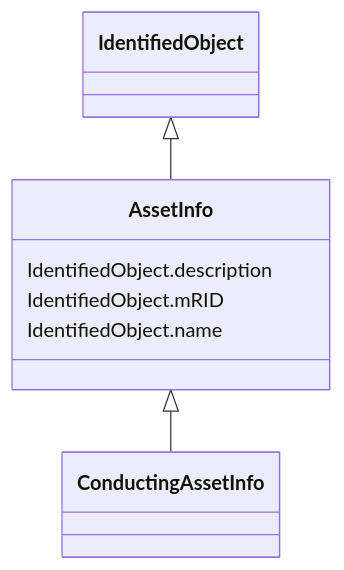
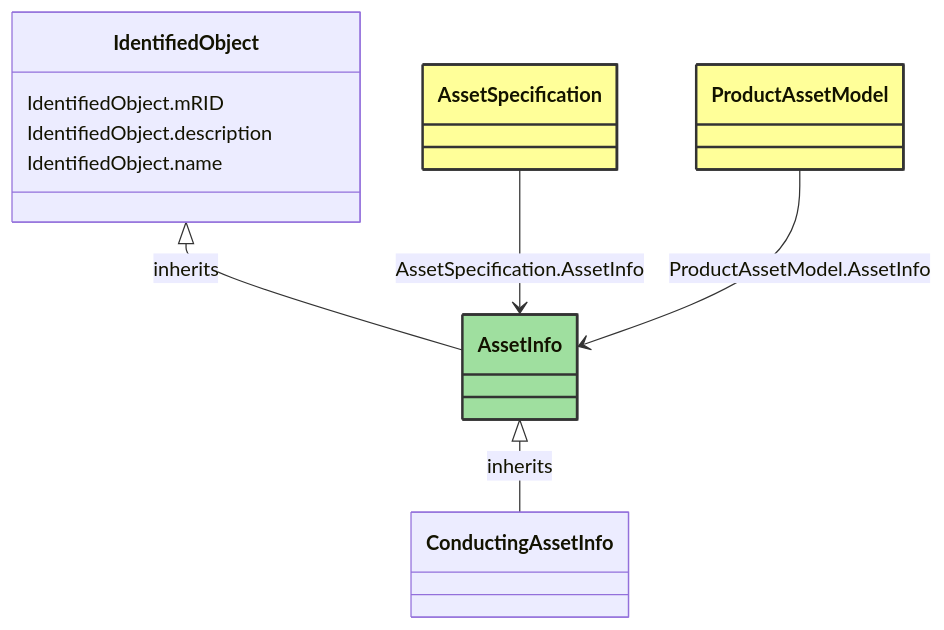
One commit to 3lbits/NoCIMExtensions changed the diagram in docs/SubseaCableInfo/AssetInfo.md. Above: the diagram before and after it, drawn with Mermaid. The commit also changed other lines of this file and 212 other files, not shown here.

````diff
--- a/docs/SubseaCableInfo/AssetInfo.md
+++ b/docs/SubseaCableInfo/AssetInfo.md
@@ -18,20 +10,36 @@
 ```mermaid
- classDiagram
+classDiagram
     class AssetInfo
     click AssetInfo href "../AssetInfo"
-      IdentifiedObject <|-- AssetInfo
-        click IdentifiedObject href "../IdentifiedObject"
-      
+    style AssetInfo fill:#9fdf9f,stroke:#333,stroke-width:2px,rx:10,ry:10
 
-      AssetInfo <|-- ConductingAssetInfo
-        click ConductingAssetInfo href "../ConductingAssetInfo"
-      
-      
-      AssetInfo : IdentifiedObject.description
-        
-      AssetInfo : IdentifiedObject.mRID
-        
-      AssetInfo : IdentifiedObject.name
-        
-      
+        AssetInfo <|-- ConductingAssetInfo : inherits
+            click AssetInfo href "../AssetInfo"
+            style AssetInfo rx:10,ry:10
+
+        ConductingAssetInfo
+            click ConductingAssetInfo href "../ConductingAssetInfo"
+            style ConductingAssetInfo rx:10,ry:10
+
+        IdentifiedObject <|-- AssetInfo : inherits
+            click IdentifiedObject href "../IdentifiedObject"
+            style IdentifiedObject rx:10,ry:10
+
+
+        AssetSpecification --> AssetInfo : AssetSpecification.AssetInfo
+
+        AssetSpecification
+            click AssetSpecification href "../AssetSpecification"
+            style AssetSpecification fill:#ffff99,stroke:#333,stroke-width:2px,rx:10,ry:10
+
+        ProductAssetModel --> AssetInfo : ProductAssetModel.AssetInfo
+
+        ProductAssetModel
+            click ProductAssetModel href "../ProductAssetModel"
+            style ProductAssetModel fill:#ffff99,stroke:#333,stroke-width:2px,rx:10,ry:10
+
+
+        IdentifiedObject : IdentifiedObject.mRID
+        IdentifiedObject : IdentifiedObject.description
+        IdentifiedObject : IdentifiedObject.name
 ```
````
